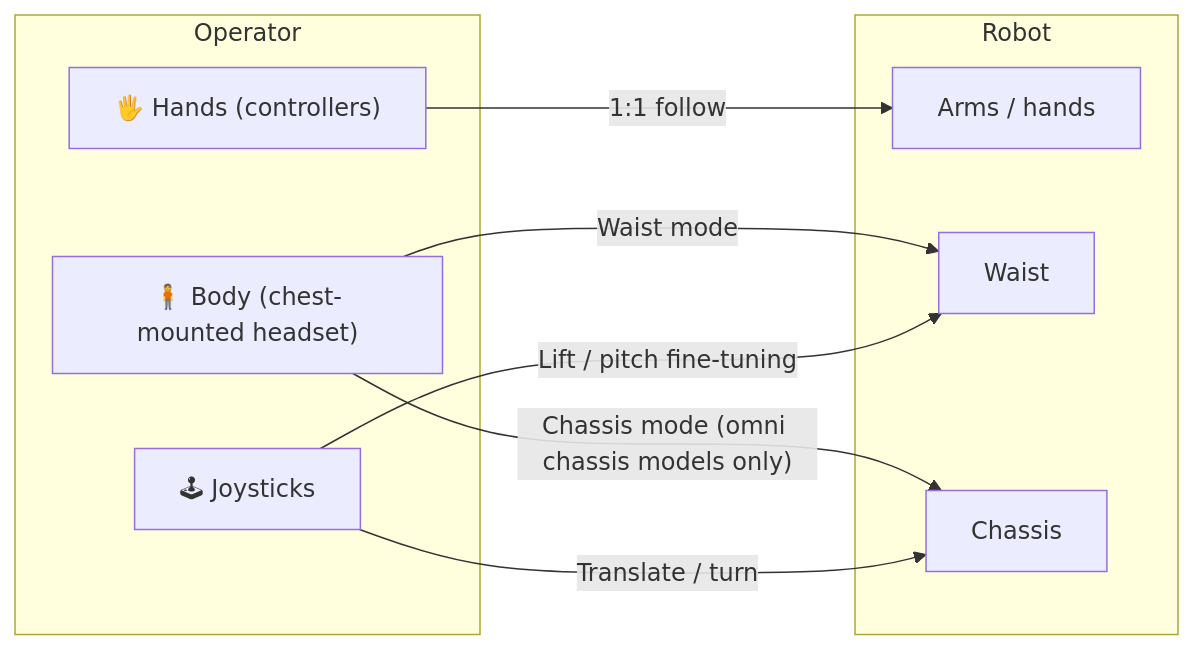
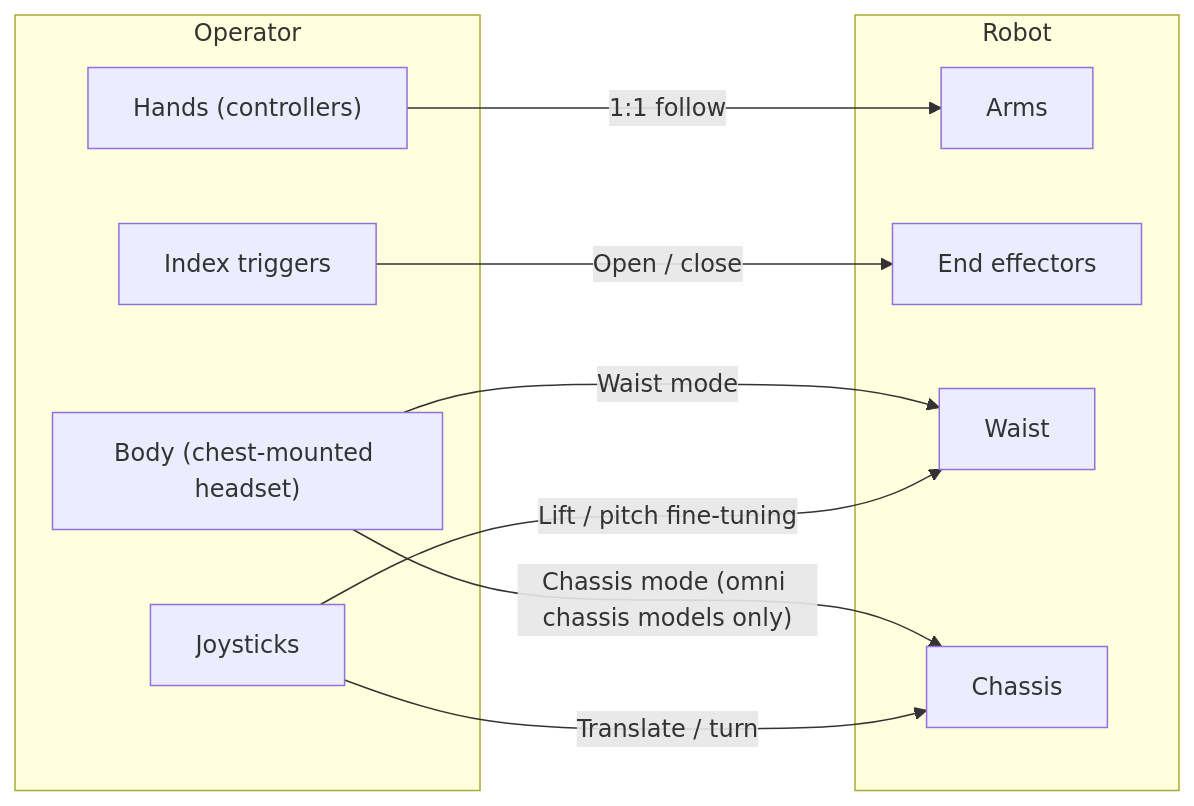
The first of 3 diagrams in lookie_teleop/docs/vr_teleop_quickstart.md (AgilexOpensource/lookie_ros), drawn with Mermaid before and after one commit. The commit also changed other lines of this file and 11 other files, not shown here.

````diff
--- a/lookie_teleop/docs/vr_teleop_quickstart.md
+++ b/lookie_teleop/docs/vr_teleop_quickstart.md
@@ -17,18 +16,21 @@
 ```mermaid
 flowchart LR
     subgraph Operator
-        A["🖐 Hands (controllers)"]
-        B["🧍 Body (chest-mounted headset)"]
-        C["🕹 Joysticks"]
+        A["Hands (controllers)"]
+        B["Body (chest-mounted headset)"]
+        C["Joysticks"]
+        T["Index triggers"]
     end
     subgraph Robot
-        D["Arms / hands"]
+        D["Arms"]
+        G["End effectors"]
         E["Waist"]
         F["Chassis"]
     end
     A -- "1:1 follow" --> D
+    T -- "Open / close" --> G
     B -- "Waist mode" --> E
     B -- "Chassis mode (omni chassis models only)" --> F
     C -- "Translate / turn" --> F
     C -- "Lift / pitch fine-tuning" --> E
 ```
````
